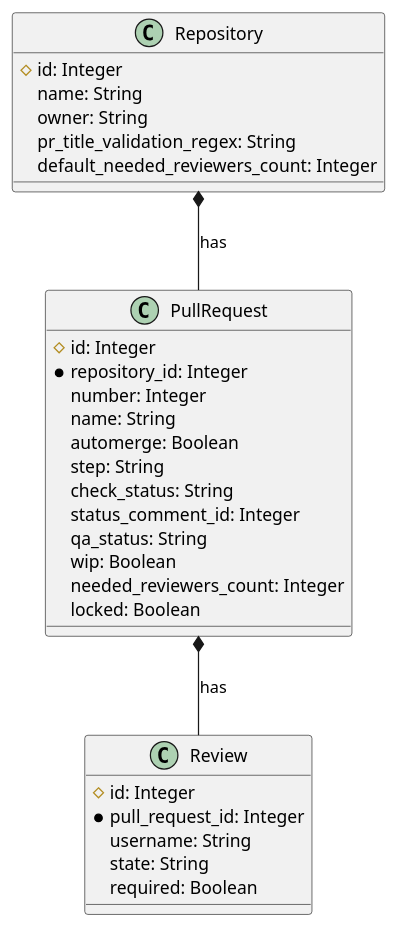
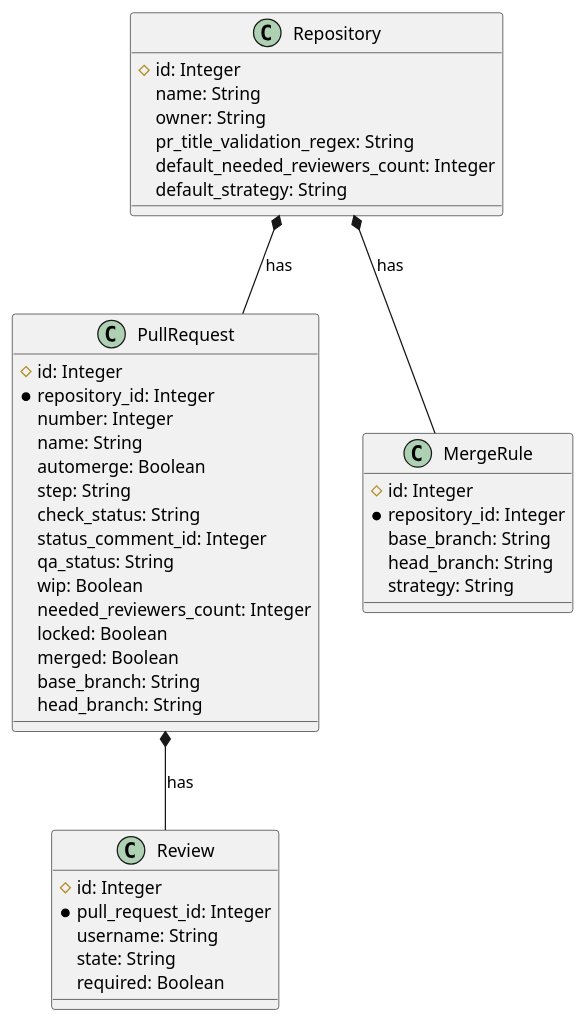
One commit to sharingcloud/github-scbot changed the diagram in docs/schema.plantuml. Above: the diagram before and after it, drawn with PlantUML. The commit also changed 28 other files, not shown here.

```diff
--- a/docs/schema.plantuml
+++ b/docs/schema.plantuml
@@ -1,33 +1,45 @@
 @startuml Schema
 class Repository {
     #id: Integer
     name: String
     owner: String
     pr_title_validation_regex: String
     default_needed_reviewers_count: Integer
+    default_strategy: String
 }
 class PullRequest {
     #id: Integer
     *repository_id: Integer
     number: Integer
     name: String
     automerge: Boolean
     step: String
     check_status: String
     status_comment_id: Integer
     qa_status: String
     wip: Boolean
     needed_reviewers_count: Integer
     locked: Boolean
+    merged: Boolean
+    base_branch: String
+    head_branch: String
 }
 class Review {
     #id: Integer
     *pull_request_id: Integer
     username: String
     state: String
     required: Boolean
 }
+class MergeRule {
+    #id: Integer
+    *repository_id: Integer
+    base_branch: String
+    head_branch: String
+    strategy: String
+}
 
 Repository *-- PullRequest : has
+Repository *-- MergeRule : has
 PullRequest *-- Review : has
 @enduml
```
